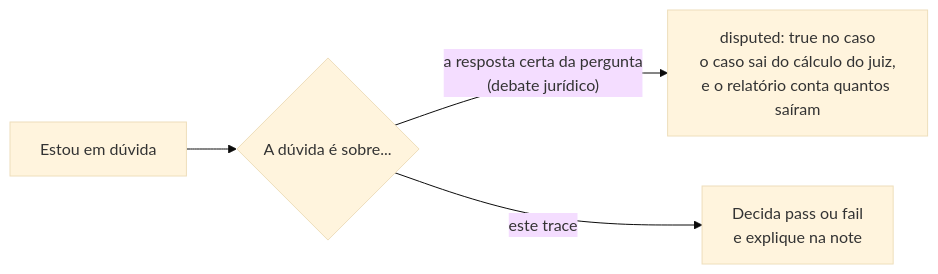
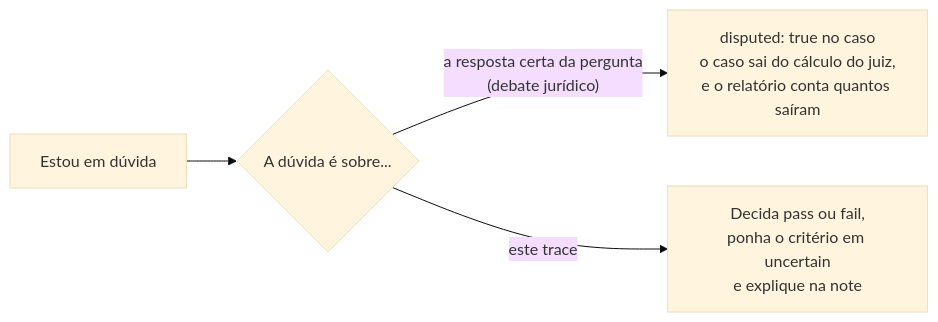
One commit to CristianonCarvalho/harness-p3-evals changed the second of 3 diagrams in docs/diagramas/10-anotacao.md. Above: the diagram before and after it, drawn with Mermaid (base theme). The commit also changed other lines of this file and 3 other files, not shown here.

````diff
--- a/docs/diagramas/10-anotacao.md
+++ b/docs/diagramas/10-anotacao.md
@@ -48,6 +48,6 @@
 ```mermaid
 flowchart LR
     duvida["Estou em dúvida"] --> qual{"A dúvida é sobre..."}
     qual -->|"a resposta certa da pergunta<br/>(debate jurídico)"| disputed["disputed: true no caso<br/>o caso sai do cálculo do juiz,<br/>e o relatório conta quantos saíram"]
-    qual -->|"este trace"| decide["Decida pass ou fail<br/>e explique na note"]
+    qual -->|"este trace"| decide["Decida pass ou fail,<br/>ponha o critério em uncertain<br/>e explique na note"]
 ```
````
